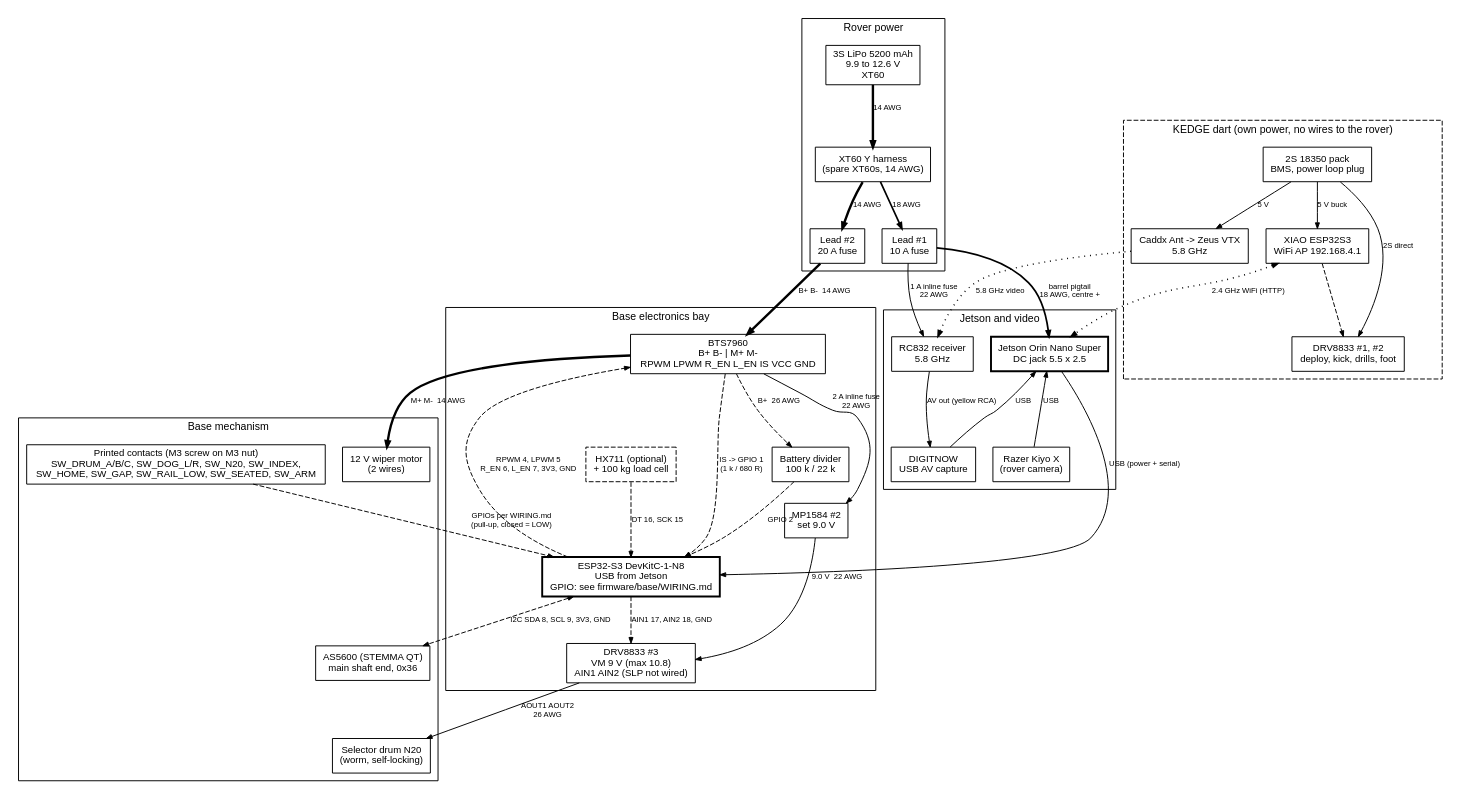
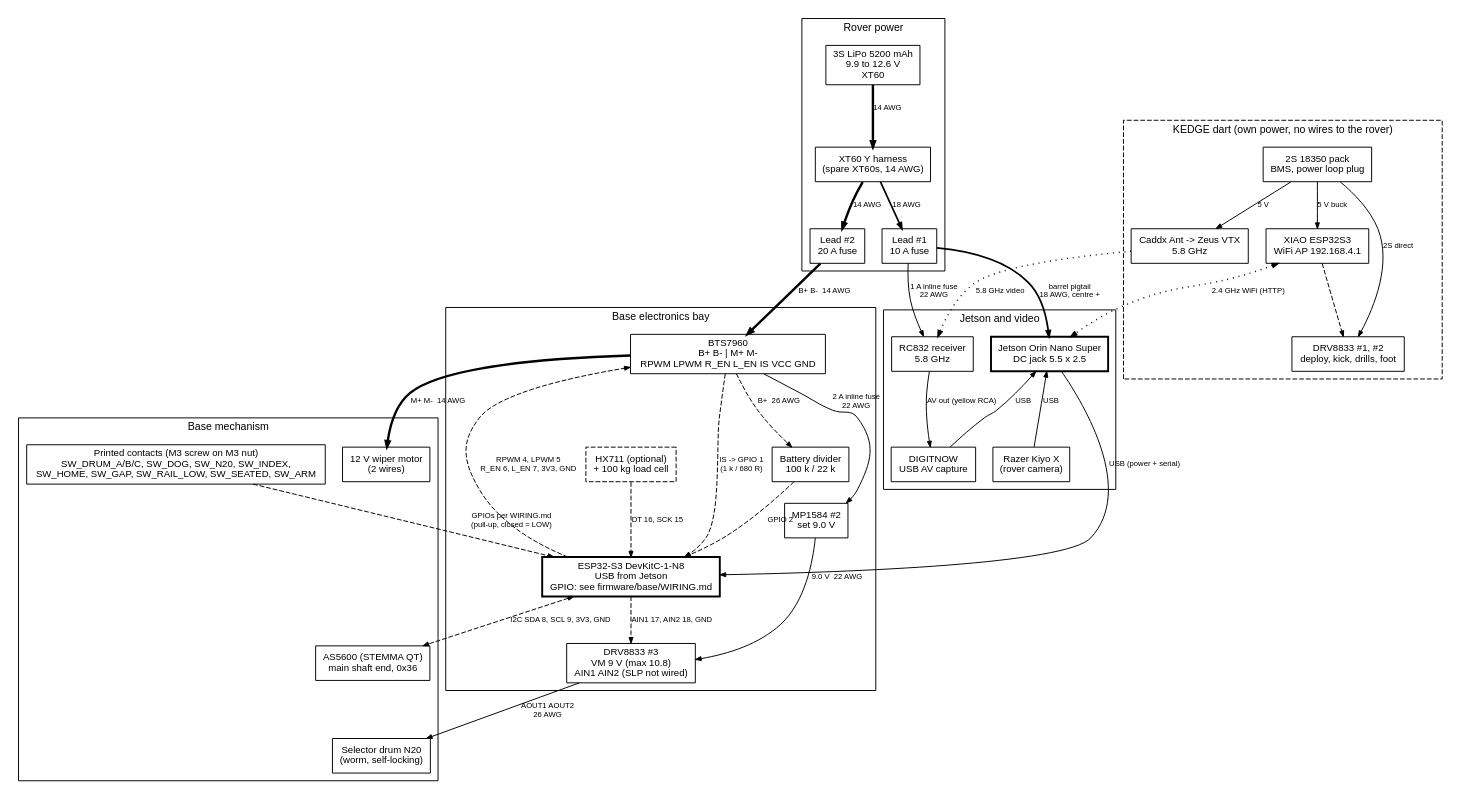
One commit to HarryHYu/GrappStar changed the diagram in docs/build/system_electrical.dot. Above: the diagram before and after it, drawn with Graphviz. The commit also changed 12 other files, not shown here.

```diff
--- a/docs/build/system_electrical.dot
+++ b/docs/build/system_electrical.dot
@@ -1,82 +1,82 @@
 // GrappStar whole-system electrical diagram. Render: dot -Tsvg / -Tpng (make_guide.py does it).
 // Bold lines = battery power, plain = low-voltage power and USB, dashed = signal, dotted = radio.
 // GPIO numbers come from firmware/base/grappstar_base/pins.h (fw-base owns them).
 digraph G {
   graph [rankdir=TB, fontname="Liberation Sans", fontsize=11, nodesep=0.25, ranksep=0.55, splines=true, newrank=true];
   node  [shape=box, fontname="Liberation Sans", fontsize=10, color=black, fontcolor=black];
   edge  [fontname="Liberation Sans", fontsize=8, color=black, fontcolor=black, arrowsize=0.6];
 
   subgraph cluster_power {
     label="Rover power"; style=solid;
     lipo  [label="3S LiPo 5200 mAh\n9.9 to 12.6 V\nXT60"];
     ysplit[label="XT60 Y harness\n(spare XT60s, 14 AWG)"];
     f20   [label="Lead #2\n20 A fuse"];
     f10   [label="Lead #1\n10 A fuse"];
   }
 
   subgraph cluster_bay {
     label="Base electronics bay"; style=solid;
     bts   [label="BTS7960\nB+ B- | M+ M-\nRPWM LPWM R_EN L_EN IS VCC GND"];
     buck  [label="MP1584 #2\nset 9.0 V"];
     drv   [label="DRV8833 #3\nVM 9 V (max 10.8)\nAIN1 AIN2 (SLP not wired)"];
     esp   [label="ESP32-S3 DevKitC-1-N8\nUSB from Jetson\nGPIO: see firmware/base/WIRING.md", shape=box, style=bold];
     div   [label="Battery divider\n100 k / 22 k"];
     hx    [label="HX711 (optional)\n+ 100 kg load cell", style=dashed];
   }
 
   subgraph cluster_mech {
     label="Base mechanism"; style=solid;
     wiper [label="12 V wiper motor\n(2 wires)"];
     n20   [label="Selector drum N20\n(worm, self-locking)"];
     as5600[label="AS5600 (STEMMA QT)\nmain shaft end, 0x36"];
-    sw    [label="Printed contacts (M3 screw on M3 nut)\nSW_DRUM_A/B/C, SW_DOG_L/R, SW_N20, SW_INDEX,\nSW_HOME, SW_GAP, SW_RAIL_LOW, SW_SEATED, SW_ARM"];
+    sw    [label="Printed contacts (M3 screw on M3 nut)\nSW_DRUM_A/B/C, SW_DOG, SW_N20, SW_INDEX,\nSW_HOME, SW_GAP, SW_RAIL_LOW, SW_SEATED, SW_ARM"];
   }
 
   subgraph cluster_jetson {
     label="Jetson and video"; style=solid;
     jet   [label="Jetson Orin Nano Super\nDC jack 5.5 x 2.5", style=bold];
     rc832 [label="RC832 receiver\n5.8 GHz"];
     cap   [label="DIGITNOW\nUSB AV capture"];
     kiyo  [label="Razer Kiyo X\n(rover camera)"];
   }
 
   subgraph cluster_dart {
     label="KEDGE dart (own power, no wires to the rover)"; style=dashed;
     dbat  [label="2S 18350 pack\nBMS, power loop plug"];
     xiao  [label="XIAO ESP32S3\nWiFi AP 192.168.4.1"];
     ddrv  [label="DRV8833 #1, #2\ndeploy, kick, drills, foot"];
     vtx   [label="Caddx Ant -> Zeus VTX\n5.8 GHz"];
   }
 
   lipo  -> ysplit [label="14 AWG", style=bold, penwidth=2.5];
   ysplit-> f20    [label="14 AWG", style=bold, penwidth=2.5];
   ysplit-> f10    [label="18 AWG", style=bold, penwidth=1.8];
   f20   -> bts    [label="B+ B-  14 AWG", style=bold, penwidth=2.5];
   bts   -> wiper  [label="M+ M-  14 AWG", style=bold, penwidth=2.5];
   bts   -> buck   [label="2 A inline fuse\n22 AWG"];
   buck  -> drv    [label="9.0 V  22 AWG"];
   drv   -> n20    [label="AOUT1 AOUT2\n26 AWG"];
   f10   -> jet    [label="barrel pigtail\n18 AWG, centre +", style=bold, penwidth=1.8];
   f10   -> rc832  [label="1 A inline fuse\n22 AWG"];
   bts   -> div    [label="B+  26 AWG", style=dashed];
 
   jet   -> esp    [label="USB (power + serial)"];
   jet   -> cap    [label="USB", dir=back];
   jet   -> kiyo   [label="USB", dir=back];
   rc832 -> cap    [label="AV out (yellow RCA)"];
 
   esp   -> bts    [label="RPWM 4, LPWM 5\nR_EN 6, L_EN 7, 3V3, GND", style=dashed];
   bts   -> esp    [label="IS -> GPIO 1\n(1 k / 680 R)", style=dashed];
   div   -> esp    [label="GPIO 2", style=dashed];
   esp   -> drv    [label="AIN1 17, AIN2 18, GND", style=dashed];
   esp   -> as5600 [label="I2C SDA 8, SCL 9, 3V3, GND", style=dashed, dir=both];
   sw    -> esp    [label="GPIOs per WIRING.md\n(pull-up, closed = LOW)", style=dashed];
   hx    -> esp    [label="DT 16, SCK 15", style=dashed];
 
   dbat  -> xiao   [label="5 V buck"];
   dbat  -> ddrv   [label="2S direct"];
   xiao  -> ddrv   [style=dashed];
   dbat  -> vtx    [label="5 V"];
   vtx   -> rc832  [label="5.8 GHz video", style=dotted, penwidth=1.5];
   xiao  -> jet    [label="2.4 GHz WiFi (HTTP)", style=dotted, penwidth=1.5, dir=both];
 }
```
